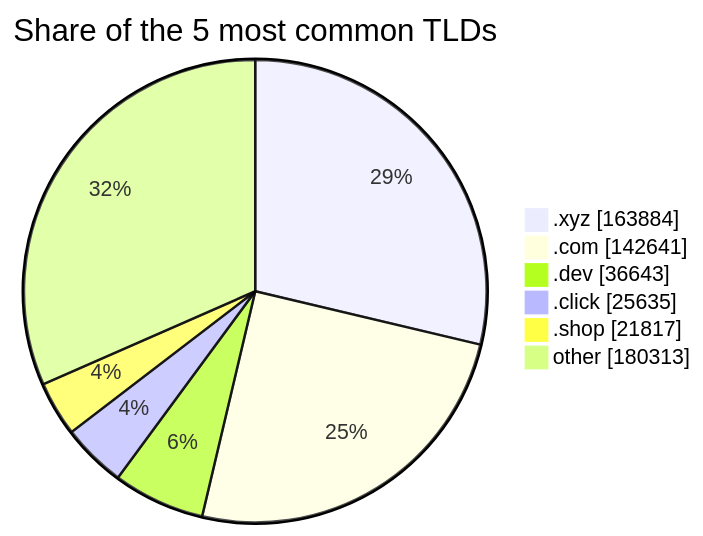
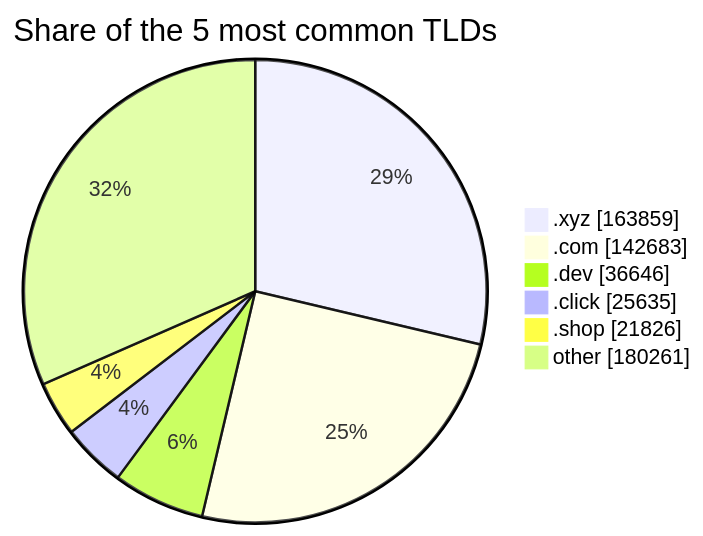
Before and after one commit to DNSBunker/CTI: the third of 3 diagrams in README.md, drawn with Mermaid. The commit also changed other lines of this file and 3 other files, not shown here.

````diff
--- a/README.md
+++ b/README.md
@@ -81,9 +81,9 @@
 ```mermaid
 pie showData title Share of the 5 most common TLDs
-    ".xyz" : 163884
-    ".com" : 142641
-    ".dev" : 36643
+    ".xyz" : 163859
+    ".com" : 142683
+    ".dev" : 36646
     ".click" : 25635
-    ".shop" : 21817
-    "other" : 180313
+    ".shop" : 21826
+    "other" : 180261
 ```
````
